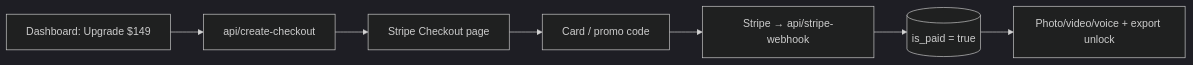
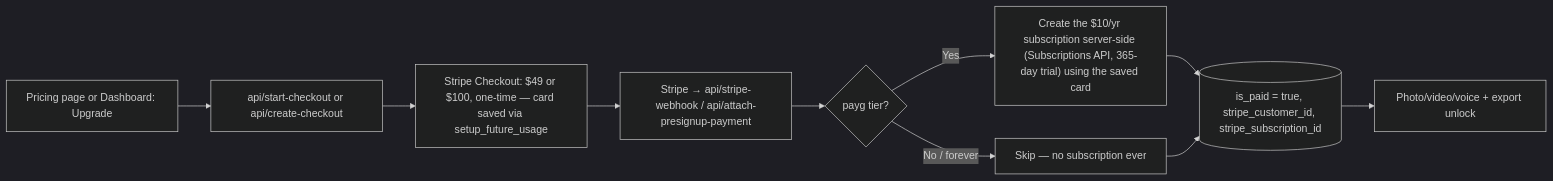
Before and after one commit to staciharv-afk/andthen: the fourth of 4 diagrams in GUIDE.md, drawn with Mermaid (dark theme). The commit also changed other lines of this file and 8 other files, not shown here.

````diff
--- a/GUIDE.md
+++ b/GUIDE.md
@@ -156,9 +165,12 @@
 ```mermaid
 flowchart LR
-  A[Dashboard: Upgrade $149] --> B[api/create-checkout]
-  B --> C[Stripe Checkout page]
-  C --> D[Card / promo code]
-  D --> E[Stripe → api/stripe-webhook]
-  E --> F[(is_paid = true)]
-  F --> G[Photo/video/voice + export unlock]
+  A[Pricing page or Dashboard: Upgrade] --> B[api/start-checkout or api/create-checkout]
+  B --> C["Stripe Checkout: $49 or $100, one-time — card saved via setup_future_usage"]
+  C --> D[Stripe → api/stripe-webhook / api/attach-presignup-payment]
+  D --> E{payg tier?}
+  E -- Yes --> F["Create the $10/yr subscription server-side (Subscriptions API, 365-day trial) using the saved card"]
+  E -- No / forever --> G[Skip — no subscription ever]
+  F --> H[(is_paid = true, stripe_customer_id, stripe_subscription_id)]
+  G --> H
+  H --> I[Photo/video/voice + export unlock]
 ```
````
